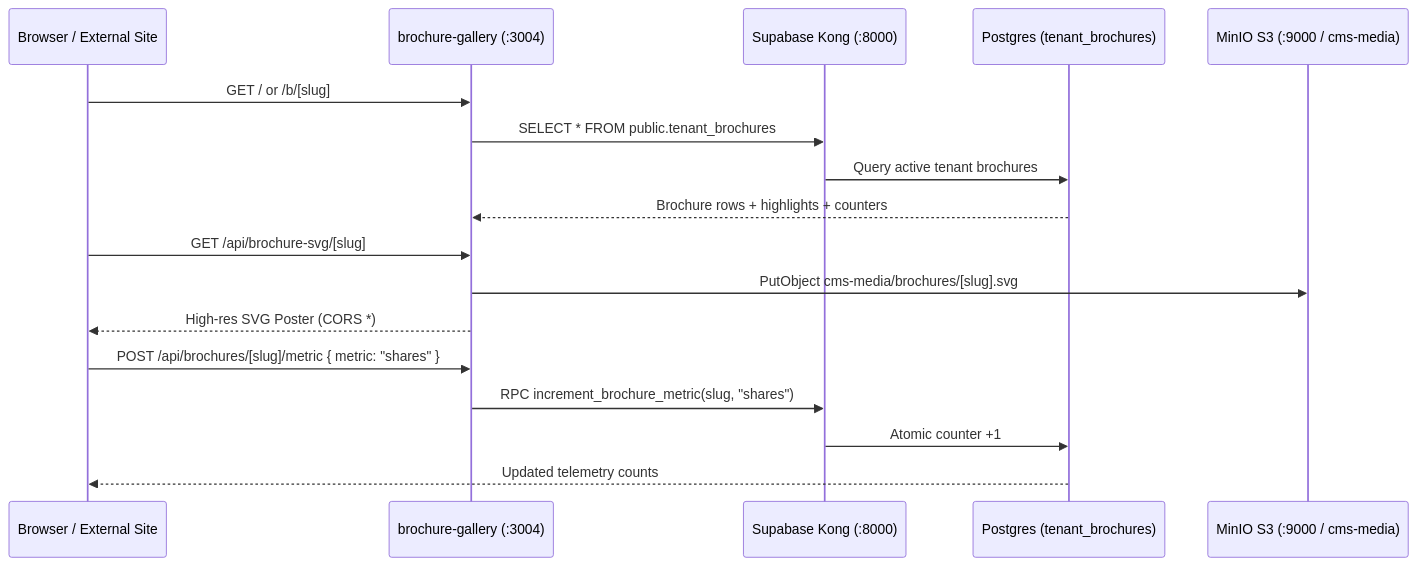
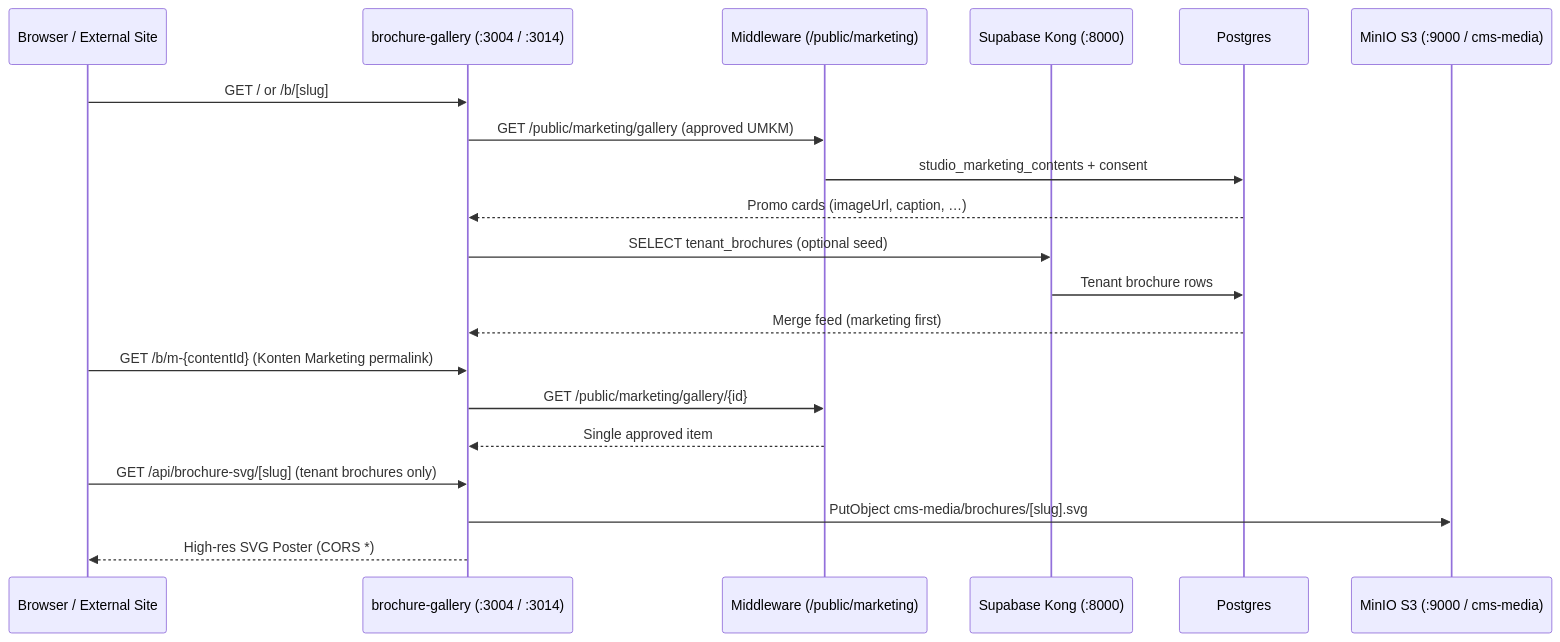
The diagram in diagrams/brochure-gallery/system/L1-brochure-gallery-flow.mmd (nusantarasoft/juragan-aibuilder-cup), drawn with Mermaid before and after one commit. The commit also changed 13 other files, not shown here.

First line of the commit message:
feat(studio): wire Konten Marketing approved feed into brochure showcase

```diff
--- a/diagrams/brochure-gallery/system/L1-brochure-gallery-flow.mmd
+++ b/diagrams/brochure-gallery/system/L1-brochure-gallery-flow.mmd
@@ -1,18 +1,21 @@
 sequenceDiagram
     participant Browser as Browser / External Site
-    participant Gallery as brochure-gallery (:3004)
+    participant Gallery as brochure-gallery (:3004 / :3014)
+    participant MW as Middleware (/public/marketing)
     participant Kong as Supabase Kong (:8000)
-    participant PG as Postgres (tenant_brochures)
+    participant PG as Postgres
     participant MinIO as MinIO S3 (:9000 / cms-media)
 
     Browser->>Gallery: GET / or /b/[slug]
-    Gallery->>Kong: SELECT * FROM public.tenant_brochures
-    Kong->>PG: Query active tenant brochures
-    PG-->>Gallery: Brochure rows + highlights + counters
-    Browser->>Gallery: GET /api/brochure-svg/[slug]
+    Gallery->>MW: GET /public/marketing/gallery (approved UMKM)
+    MW->>PG: studio_marketing_contents + consent
+    PG-->>Gallery: Promo cards (imageUrl, caption, …)
+    Gallery->>Kong: SELECT tenant_brochures (optional seed)
+    Kong->>PG: Tenant brochure rows
+    PG-->>Gallery: Merge feed (marketing first)
+    Browser->>Gallery: GET /b/m-{contentId} (Konten Marketing permalink)
+    Gallery->>MW: GET /public/marketing/gallery/{id}
+    MW-->>Gallery: Single approved item
+    Browser->>Gallery: GET /api/brochure-svg/[slug] (tenant brochures only)
     Gallery->>MinIO: PutObject cms-media/brochures/[slug].svg
     Gallery-->>Browser: High-res SVG Poster (CORS *)
-    Browser->>Gallery: POST /api/brochures/[slug]/metric { metric: "shares" }
-    Gallery->>Kong: RPC increment_brochure_metric(slug, "shares")
-    Kong->>PG: Atomic counter +1
-    PG-->>Browser: Updated telemetry counts
```
